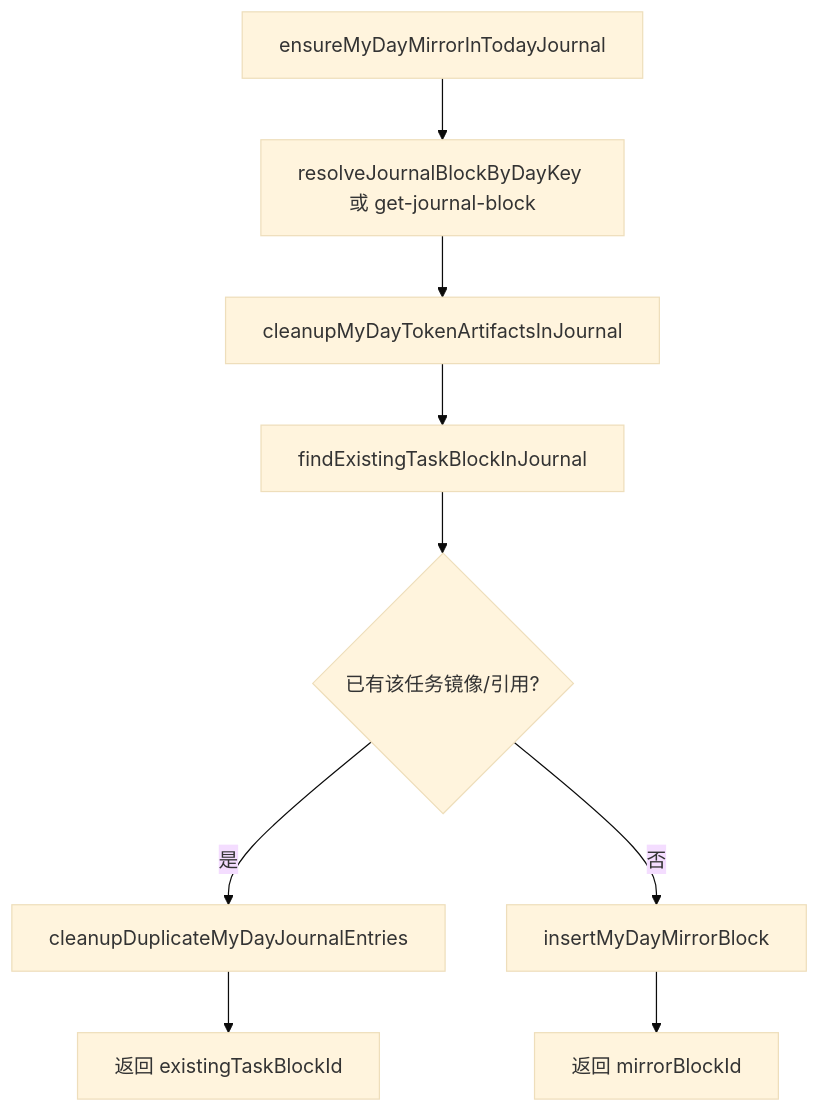
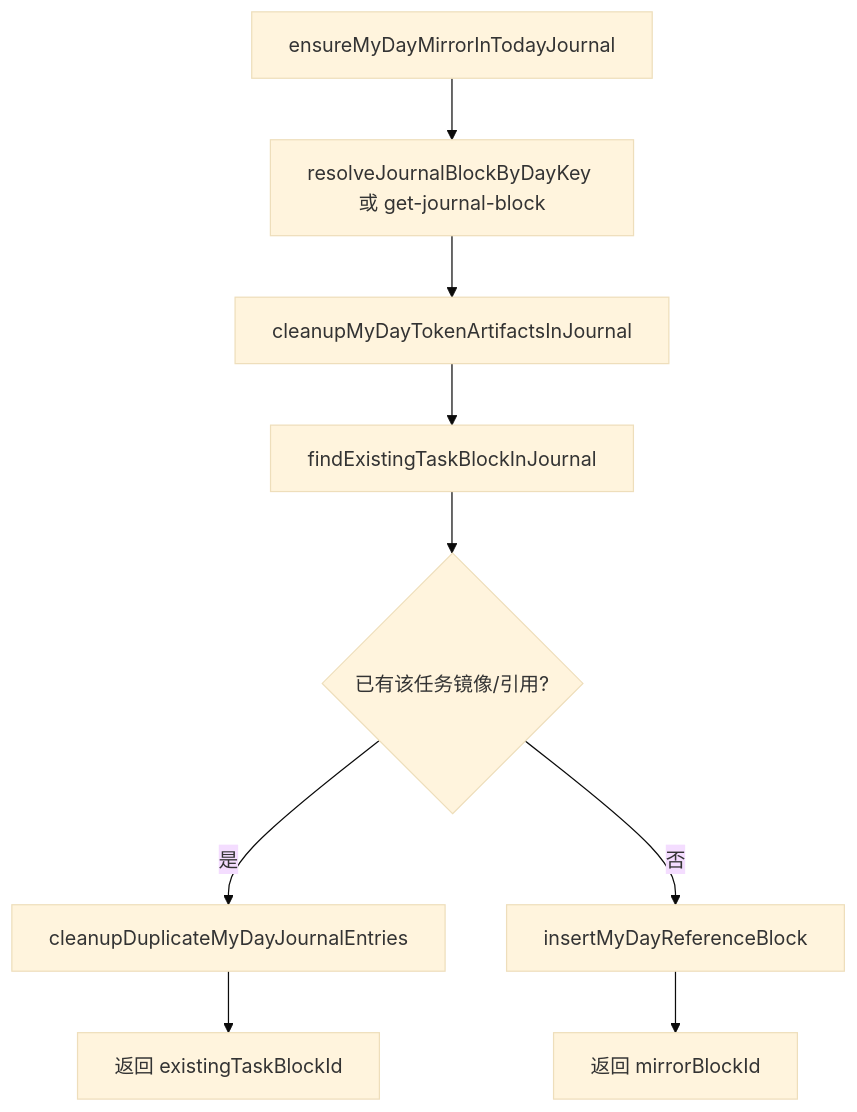
The fourth of 7 diagrams in doc/数据流/06-我的一天数据流.md (litcu/orca-plugin-task-planner), drawn with Mermaid (base theme) before and after one commit. The commit also changed other lines of this file and 4 other files, not shown here.

Commit message:
fix:修复仪表盘、我的一天视图深色模式适配问题 feat: 我的一天视图，添加任务后，会在当天日志中创建块引用，而不是镜像块

````diff
--- a/doc/数据流/06-我的一天数据流.md
+++ b/doc/数据流/06-我的一天数据流.md
@@ -87,11 +87,11 @@
 ```mermaid
 flowchart TD
   Ensure["ensureMyDayMirrorInTodayJournal"] --> Journal["resolveJournalBlockByDayKey 或 get-journal-block"]
   Journal --> CleanupTokens["cleanupMyDayTokenArtifactsInJournal"]
   CleanupTokens --> FindExisting["findExistingTaskBlockInJournal"]
   FindExisting --> Exists{"已有该任务镜像/引用?"}
   Exists -- 是 --> CleanupDup["cleanupDuplicateMyDayJournalEntries"]
   CleanupDup --> ReturnExisting["返回 existingTaskBlockId"]
-  Exists -- 否 --> Insert["insertMyDayMirrorBlock"]
+  Exists -- 否 --> Insert["insertMyDayReferenceBlock"]
   Insert --> ReturnNew["返回 mirrorBlockId"]
 ```
````
